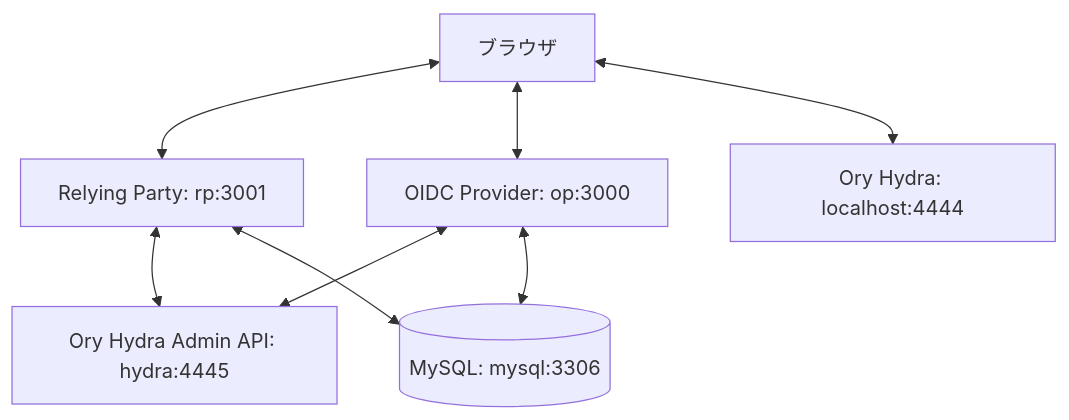
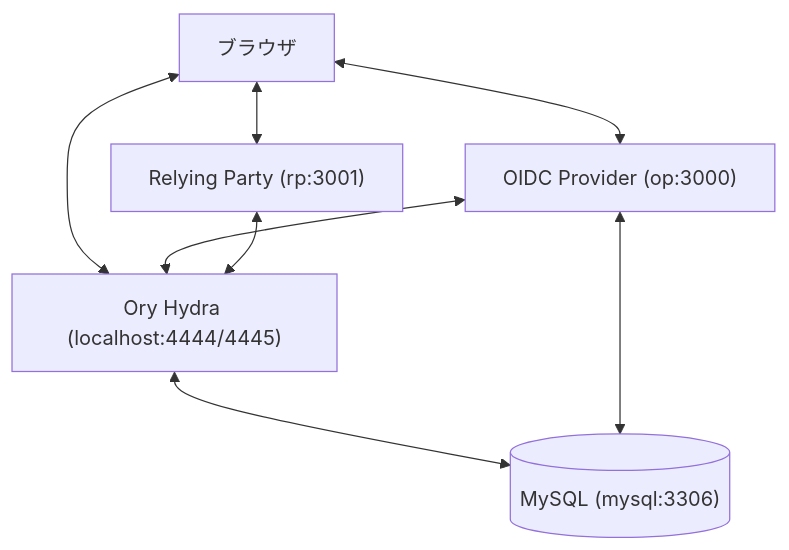
Before and after one commit to yknno/rails-station: the diagram in README.md, drawn with Mermaid.

Commit message:
Fix Mermaid diagram: correct RP/Hydra/MySQL connections

````diff
--- a/README.md
+++ b/README.md
@@ -9,10 +9,10 @@
 ```mermaid
 graph TD
-    Browser[ブラウザ] <--> RP[Relying Party: rp:3001]
-    Browser <--> OP[OIDC Provider: op:3000]
-    Browser <--> Hydra[Ory Hydra: localhost:4444]
-    OP <--> HydraAdmin[Ory Hydra Admin API: hydra:4445]
-    RP <--> HydraAdmin
-    RP <--> MySQL[(MySQL: mysql:3306)]
+    Browser["ブラウザ"] <--> RP["Relying Party (rp:3001)"]
+    Browser <--> OP["OIDC Provider (op:3000)"]
+    Browser <--> Hydra["Ory Hydra (localhost:4444/4445)"]
+    OP <--> Hydra
+    RP <--> Hydra
+    Hydra <--> MySQL[("MySQL (mysql:3306)")]
     OP <--> MySQL
 ```
````
